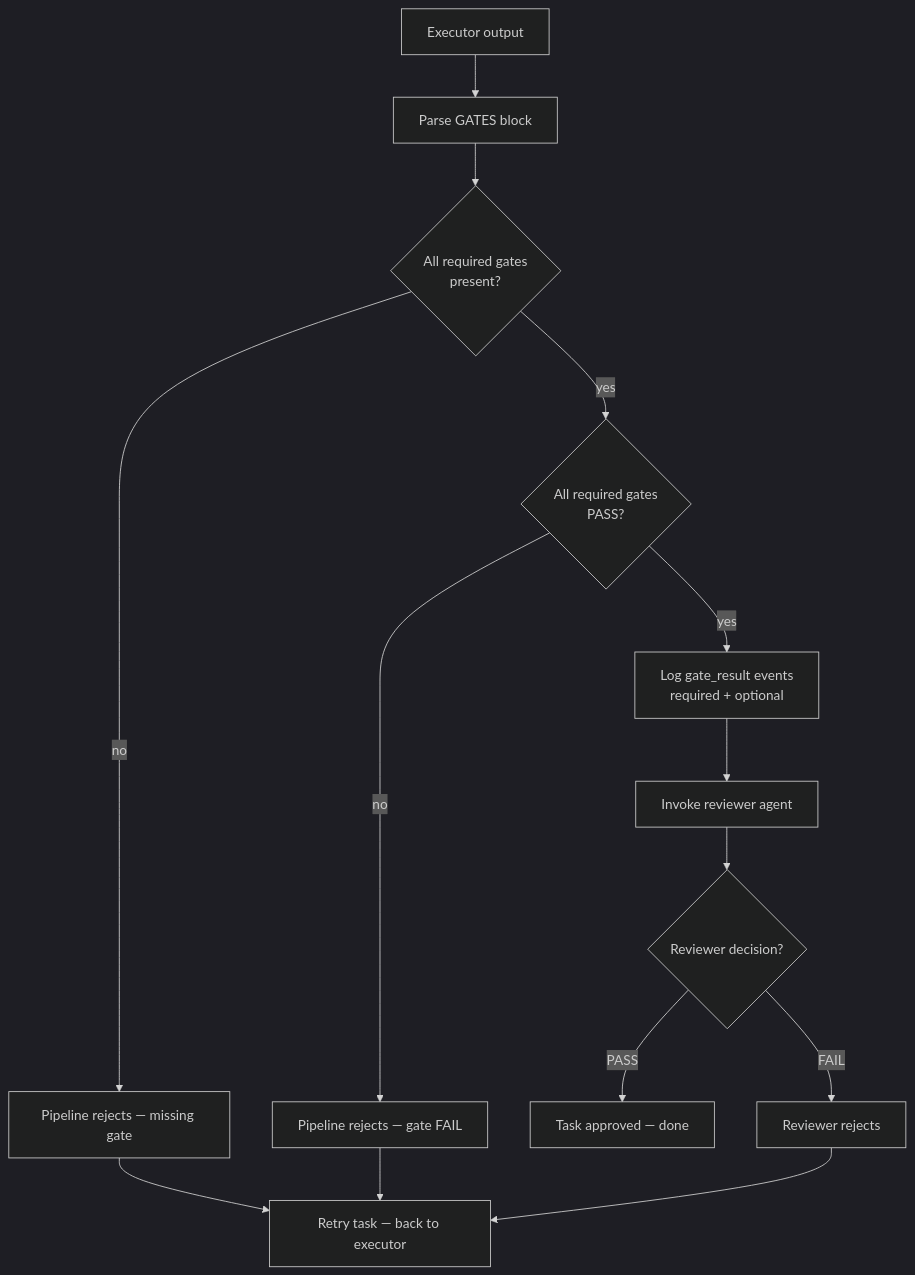
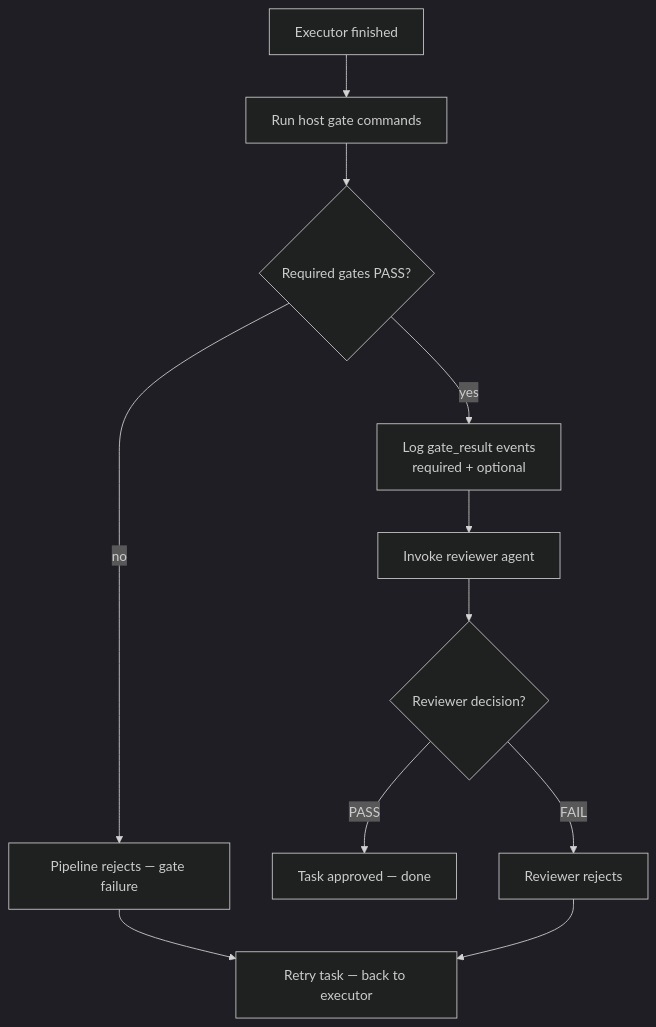
The eighth of 8 diagrams in docs/orchestration.md (opus-domini/praetor), drawn with Mermaid before and after one commit. The commit also changed other lines of this file and 37 other files, not shown here.

Commit message:
feat: strengthen local operations flow, evals, and planner UX

````diff
--- a/docs/orchestration.md
+++ b/docs/orchestration.md
@@ -468,20 +510,17 @@
 ```mermaid
 ---
 config:
   theme: dark
 ---
 flowchart TD
-    A[Executor output] --> B[Parse GATES block]
-    B --> C{All required gates<br>present?}
-    C -- no --> D[Pipeline rejects — missing gate]
-    C -- yes --> E{All required gates<br>PASS?}
-    E -- no --> F[Pipeline rejects — gate FAIL]
-    E -- yes --> G[Log gate_result events<br>required + optional]
-    G --> H[Invoke reviewer agent]
-    H --> I{Reviewer decision?}
-    I -- PASS --> J[Task approved — done]
-    I -- FAIL --> K[Reviewer rejects]
-    D --> L[Retry task — back to executor]
-    F --> L
-    K --> L
+    A[Executor finished] --> B[Run host gate commands]
+    B --> C{Required gates PASS?}
+    C -- no --> D[Pipeline rejects — gate failure]
+    C -- yes --> E[Log gate_result events<br>required + optional]
+    E --> F[Invoke reviewer agent]
+    F --> G{Reviewer decision?}
+    G -- PASS --> H[Task approved — done]
+    G -- FAIL --> I[Reviewer rejects]
+    D --> J[Retry task — back to executor]
+    I --> J
 ```
````
